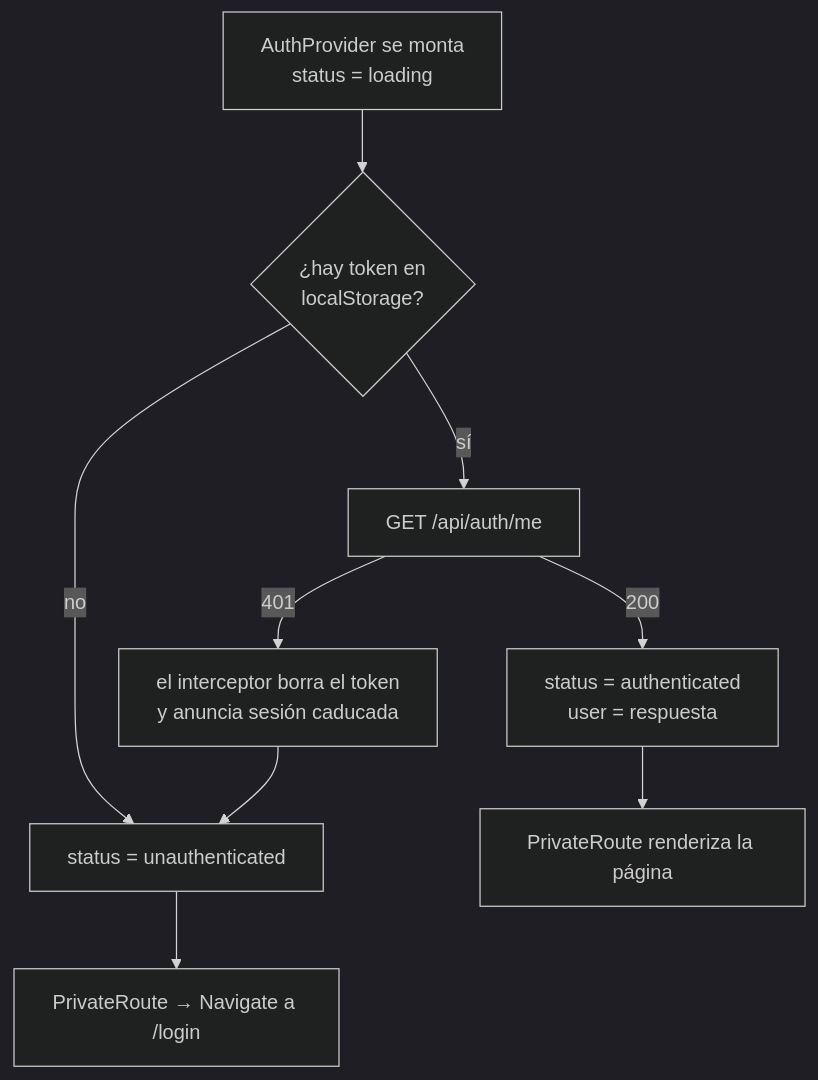
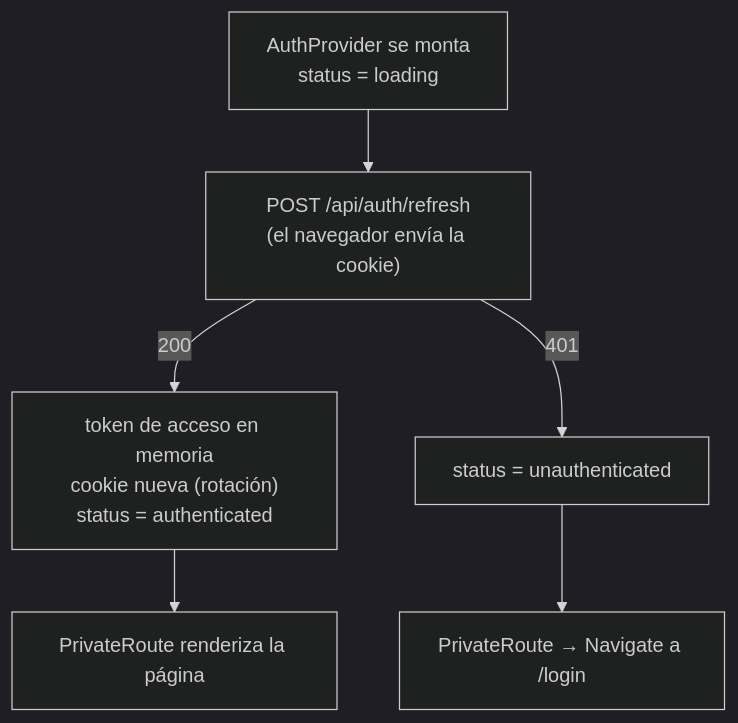
Before and after one commit to daviddhernandez2/yieldfit: the fourth of 5 diagrams in docs/auth.md, drawn with Mermaid (dark theme). The commit also changed other lines of this file and 2 other files, not shown here.

Commit message:
docs(auth): documenta los tokens de acceso y de renovación

````diff
--- a/docs/auth.md
+++ b/docs/auth.md
@@ -114,10 +122,8 @@
 ```mermaid
 flowchart TD
-    A["AuthProvider se monta<br/>status = loading"] --> B{"¿hay token en<br/>localStorage?"}
-    B -- no --> F["status = unauthenticated"]
-    B -- sí --> C["GET /api/auth/me"]
-    C -- 200 --> D["status = authenticated<br/>user = respuesta"]
-    C -- 401 --> E["el interceptor borra el token<br/>y anuncia sesión caducada"] --> F
+    A["AuthProvider se monta<br/>status = loading"] --> B["POST /api/auth/refresh<br/>(el navegador envía la cookie)"]
+    B -- 200 --> D["token de acceso en memoria<br/>cookie nueva (rotación)<br/>status = authenticated"]
+    B -- 401 --> F["status = unauthenticated"]
     F --> G["PrivateRoute → Navigate a /login"]
     D --> H["PrivateRoute renderiza la página"]
 ```
````
